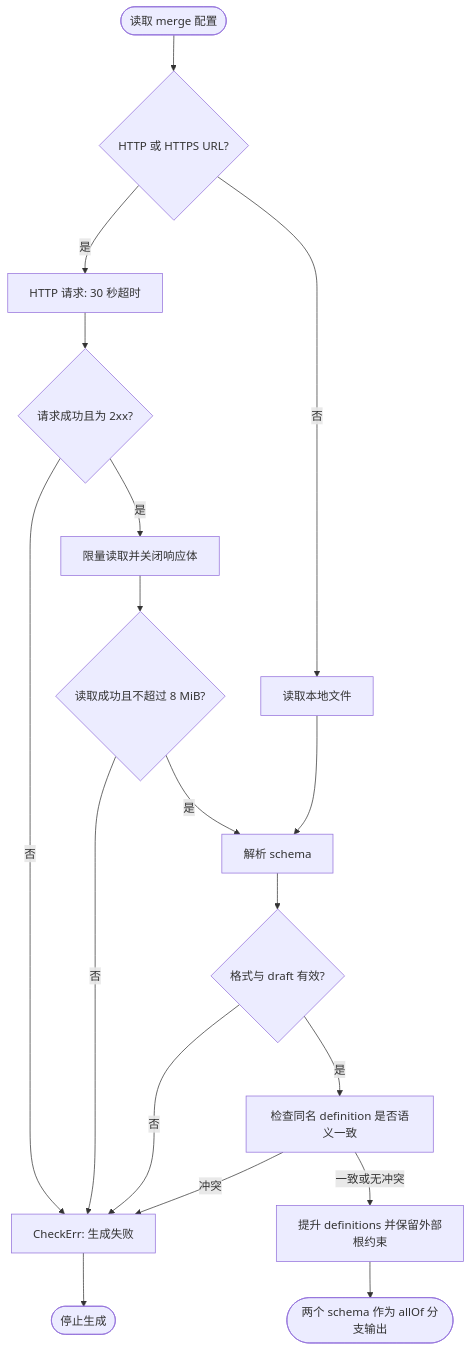
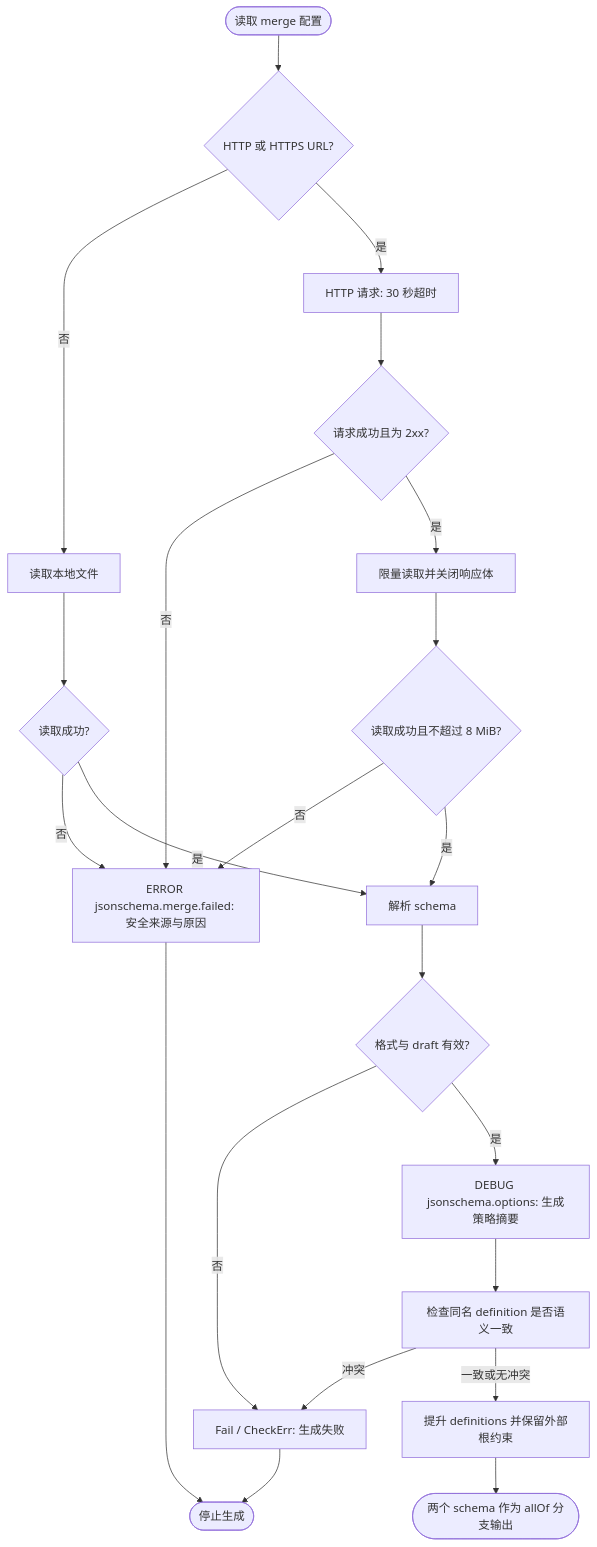
The fourth of 4 diagrams in cmd/protoc-gen-jsonschema/README.md (jaggerzhuang1994/kratos-foundation), drawn with Mermaid before and after one commit. The commit also changed other lines of this file and 204 other files, not shown here.

````diff
--- a/cmd/protoc-gen-jsonschema/README.md
+++ b/cmd/protoc-gen-jsonschema/README.md
@@ -279,20 +310,24 @@
 ```mermaid
 flowchart TD
     A([读取 merge 配置]) --> B{HTTP 或 HTTPS URL?}
     B -- 否 --> C[读取本地文件]
+    C --> C1{读取成功?}
+    C1 -- 否 --> X[ERROR jsonschema.merge.failed: 安全来源与原因]
     B -- 是 --> D[HTTP 请求: 30 秒超时]
     D --> E{请求成功且为 2xx?}
-    E -- 否 --> X[CheckErr: 生成失败]
+    E -- 否 --> X
     E -- 是 --> F[限量读取并关闭响应体]
     F --> G{读取成功且不超过 8 MiB?}
     G -- 否 --> X
     G -- 是 --> H[解析 schema]
-    C --> H
+    C1 -- 是 --> H
     H --> I{格式与 draft 有效?}
-    I -- 否 --> X
-    I -- 是 --> J[检查同名 definition 是否语义一致]
-    J -- 冲突 --> X
+    I -- 否 --> Y[Fail / CheckErr: 生成失败]
+    I -- 是 --> O[DEBUG jsonschema.options: 生成策略摘要]
+    O --> J[检查同名 definition 是否语义一致]
+    J -- 冲突 --> Y
     J -- 一致或无冲突 --> L[提升 definitions 并保留外部根约束]
     L --> M([两个 schema 作为 allOf 分支输出])
     X --> K([停止生成])
+    Y --> K
 ```
````
